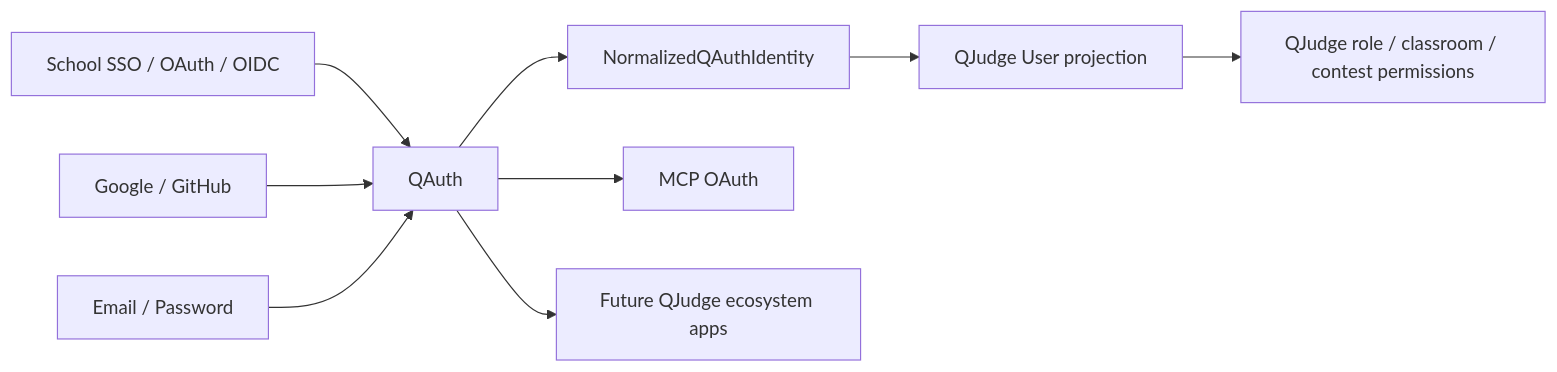
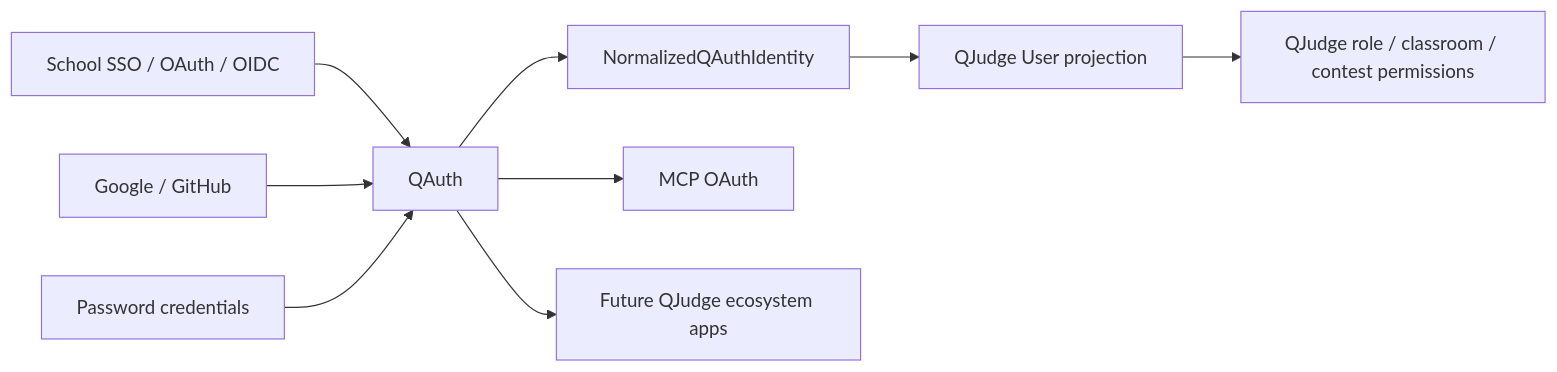
One commit to quan0715/QJudge changed the first of 3 diagrams in docs/qauth-service-architecture.md. Above: the diagram before and after it, drawn with Mermaid. The commit also changed other lines of this file and 176 other files, not shown here.

````diff
--- a/docs/qauth-service-architecture.md
+++ b/docs/qauth-service-architecture.md
@@ -17,13 +17,13 @@
 ```mermaid
 flowchart LR
     School["School SSO / OAuth / OIDC"] --> QAuth["QAuth"]
     Social["Google / GitHub"] --> QAuth
-    Password["Email / Password"] --> QAuth
+    Password["Password credentials"] --> QAuth
 
     QAuth --> Identity["NormalizedQAuthIdentity"]
     Identity --> Projection["QJudge User projection"]
     Projection --> Domain["QJudge role / classroom / contest permissions"]
 
     QAuth --> MCP["MCP OAuth"]
     QAuth --> Apps["Future QJudge ecosystem apps"]
 ```
````
